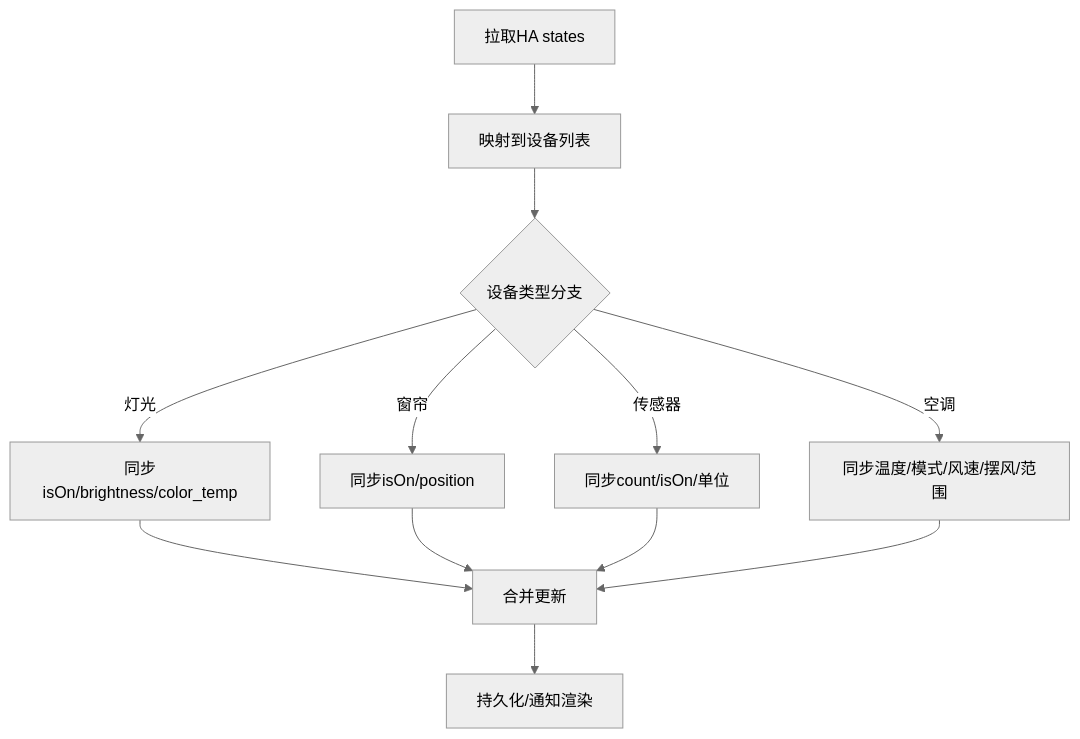
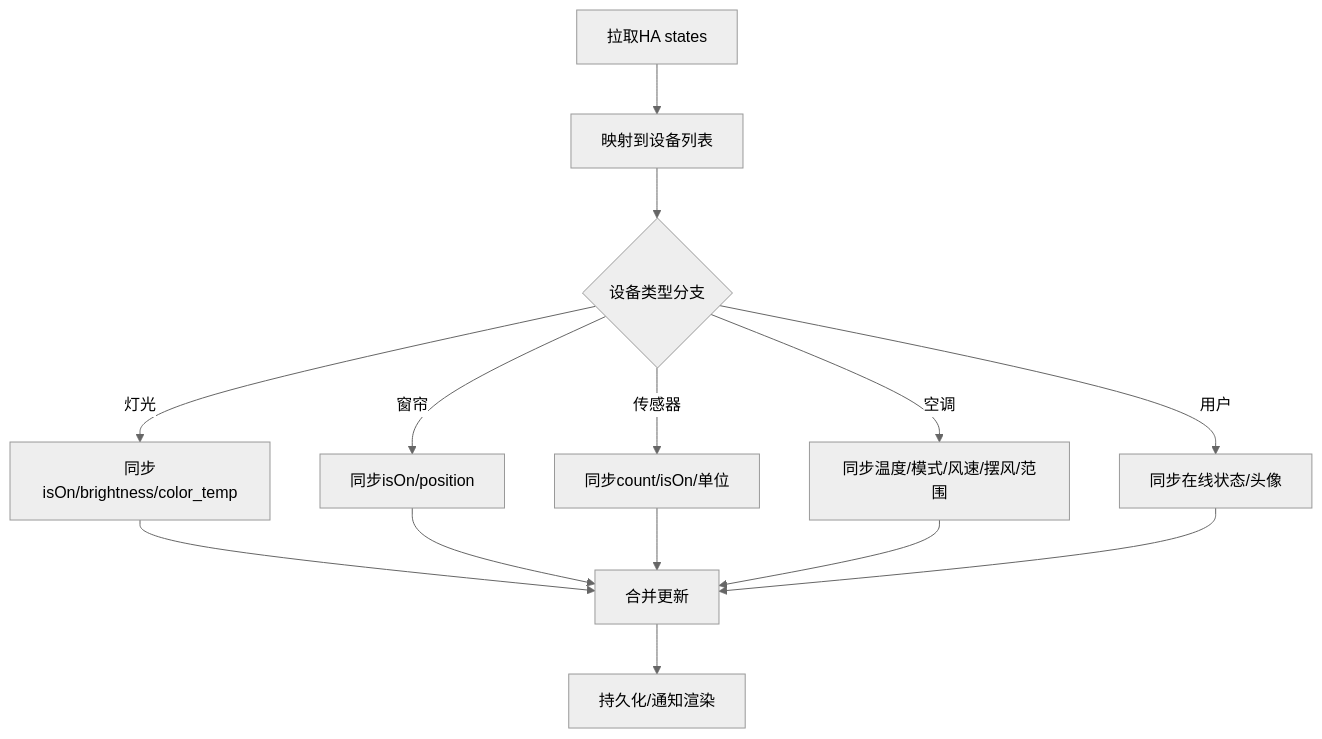
The ninth of 11 diagrams in .qoder/repowiki/zh/content/设备控制模块/设备控制模块.md (skyeyinkun/HAUI), drawn with Mermaid (neutral theme) before and after one commit. The commit also changed other lines of this file and 14 other files, not shown here.

````diff
--- a/.qoder/repowiki/zh/content/设备控制模块/设备控制模块.md
+++ b/.qoder/repowiki/zh/content/设备控制模块/设备控制模块.md
@@ -345,14 +381,16 @@
 ```mermaid
 flowchart TD
 Fetch["拉取HA states"] --> Map["映射到设备列表"]
 Map --> TypeCheck{"设备类型分支"}
 TypeCheck --> |灯光| LightSync["同步isOn/brightness/color_temp"]
 TypeCheck --> |窗帘| CurtainSync["同步isOn/position"]
 TypeCheck --> |传感器| SensorSync["同步count/isOn/单位"]
 TypeCheck --> |空调| ACState["同步温度/模式/风速/摆风/范围"]
+TypeCheck --> |用户| UserSync["同步在线状态/头像"]
 LightSync --> Merge["合并更新"]
 CurtainSync --> Merge
 SensorSync --> Merge
 ACState --> Merge
+UserSync --> Merge
 Merge --> Persist["持久化/通知渲染"]
 ```
````
